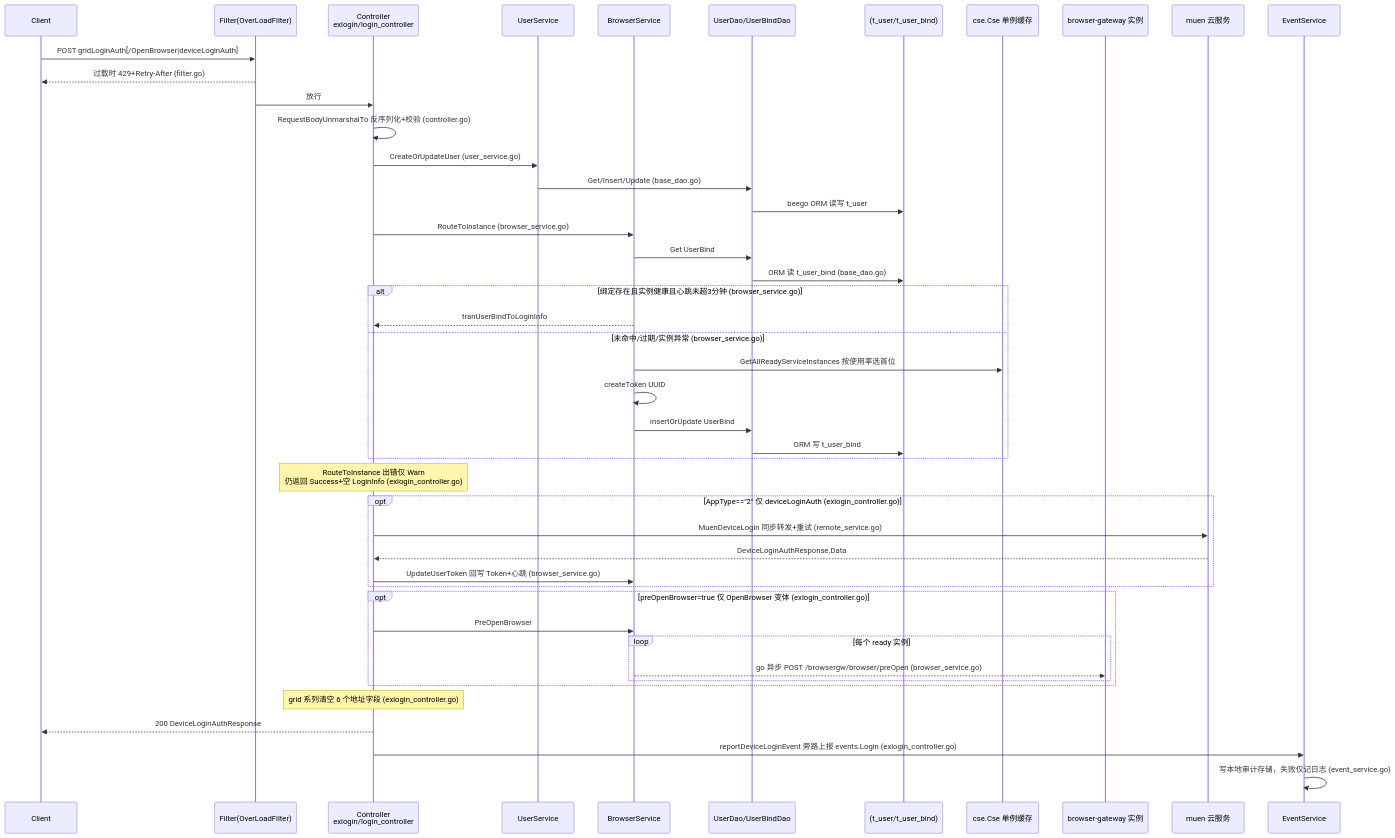
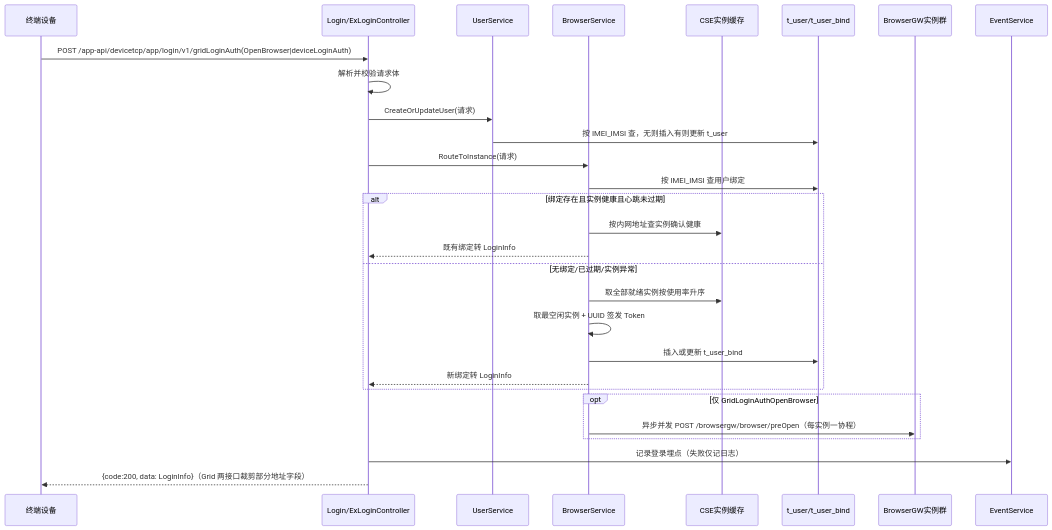
The third of 5 diagrams in docs/story/feature-login-auth.md (CoreGeekASTL/AIAction), drawn with Mermaid before and after one commit. The commit also changed other lines of this file and 6 other files, not shown here.

````diff
--- a/docs/story/feature-login-auth.md
+++ b/docs/story/feature-login-auth.md
@@ -158,49 +137,31 @@
 ```mermaid
 sequenceDiagram
-    participant CL as Client
-    participant F as Filter(OverLoadFilter)
-    participant C as Controller<br/>exlogin/login_controller
-    participant US as UserService
-    participant BS as BrowserService
-    participant D as UserDao/UserBindDao
-    participant DB as (t_user/t_user_bind)
-    participant CSE as cse.Cse 单例缓存
-    participant GW as browser-gateway 实例
-    participant MUEN as muen 云服务
-    participant ES as EventService
-
-    CL->>F: POST gridLoginAuth[/OpenBrowser|deviceLoginAuth]
-    F-->>CL: 过载时 429+Retry-After (filter.go)
-    F->>C: 放行
-    C->>C: RequestBodyUnmarshalTo 反序列化+校验 (controller.go)
-    C->>US: CreateOrUpdateUser (user_service.go)
-    US->>D: Get/Insert/Update (base_dao.go)
-    D->>DB: beego ORM 读写 t_user
-    C->>BS: RouteToInstance (browser_service.go)
-    BS->>D: Get UserBind
-    D->>DB: ORM 读 t_user_bind (base_dao.go)
-    alt 绑定存在且实例健康且心跳未超3分钟 (browser_service.go)
-        BS-->>C: tranUserBindToLoginInfo
-    else 未命中/过期/实例异常 (browser_service.go)
-        BS->>CSE: GetAllReadyServiceInstances 按使用率选首位
-        BS->>BS: createToken UUID
-        BS->>D: insertOrUpdate UserBind
-        D->>DB: ORM 写 t_user_bind
-    end
-    Note over C: RouteToInstance 出错仅 Warn<br/>仍返回 Success+空 LoginInfo (exlogin_controller.go)
-    opt AppType=="2" 仅 deviceLoginAuth (exlogin_controller.go)
-        C->>MUEN: MuenDeviceLogin 同步转发+重试 (remote_service.go)
-        MUEN-->>C: DeviceLoginAuthResponse.Data
-        C->>BS: UpdateUserToken 回写 Token+心跳 (browser_service.go)
-    end
-    opt preOpenBrowser=true 仅 OpenBrowser 变体 (exlogin_controller.go)
-        C->>BS: PreOpenBrowser
-        loop 每个 ready 实例
-            BS-->>GW: go 异步 POST /browsergw/browser/preOpen (browser_service.go)
-        end
-    end
-    Note over C: grid 系列清空 6 个地址字段 (exlogin_controller.go)
-    C-->>CL: 200 DeviceLoginAuthResponse
-    C->>ES: reportDeviceLoginEvent 旁路上报 events.Login (exlogin_controller.go)
-    ES->>ES: 写本地审计存储，失败仅记日志 (event_service.go)
+  participant C as 终端设备
+  participant LC as Login/ExLoginController
+  participant US as UserService
+  participant BS as BrowserService
+  participant CSE as CSE实例缓存
+  participant DB as t_user/t_user_bind
+  participant GW as BrowserGW实例群
+  participant ES as EventService
+  C->>LC: POST /app-api/devicetcp/app/login/v1/gridLoginAuth(OpenBrowser|deviceLoginAuth)
+  LC->>LC: 解析并校验请求体
+  LC->>US: CreateOrUpdateUser(请求)
+  US->>DB: 按 IMEI_IMSI 查，无则插入有则更新 t_user
+  LC->>BS: RouteToInstance(请求)
+  BS->>DB: 按 IMEI_IMSI 查用户绑定
+  alt 绑定存在且实例健康且心跳未过期
+    BS->>CSE: 按内网地址查实例确认健康
+    BS-->>LC: 既有绑定转 LoginInfo
+  else 无绑定/已过期/实例异常
+    BS->>CSE: 取全部就绪实例按使用率升序
+    BS->>BS: 取最空闲实例 + UUID 签发 Token
+    BS->>DB: 插入或更新 t_user_bind
+    BS-->>LC: 新绑定转 LoginInfo
+  end
+  opt 仅 GridLoginAuthOpenBrowser
+    BS->>GW: 异步并发 POST /browsergw/browser/preOpen（每实例一协程）
+  end
+  LC->>ES: 记录登录埋点（失败仅记日志）
+  LC-->>C: {code:200, data: LoginInfo}（Grid 两接口裁剪部分地址字段）
 ```
````
